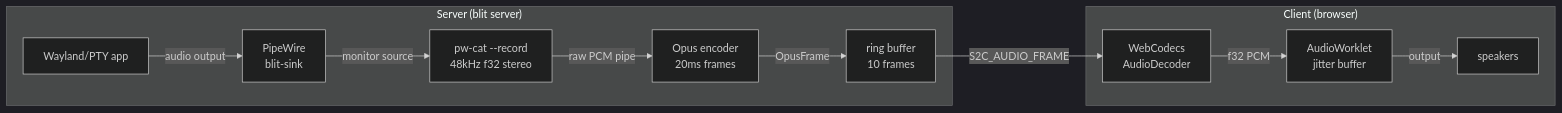
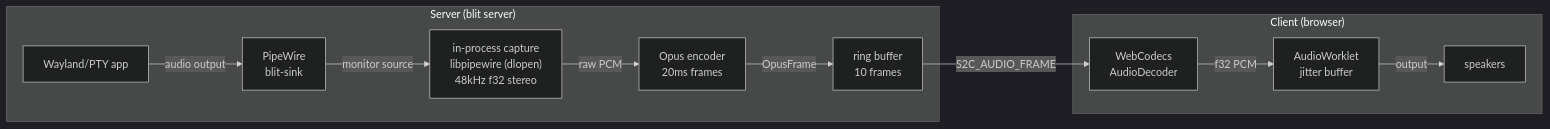
One commit to indent-com/blit changed the third of 4 diagrams in docs/server.md. Above: the diagram before and after it, drawn with Mermaid (dark theme). The commit also changed other lines of this file and 36 other files, not shown here.

````diff
--- a/docs/server.md
+++ b/docs/server.md
@@ -228,14 +228,14 @@
 ```mermaid
 graph LR
     subgraph "Server (blit server)"
         App["Wayland/PTY app"] -->|"audio output"| PW["PipeWire<br/>blit-sink"]
-        PW -->|"monitor source"| PWCAT["pw-cat --record<br/>48kHz f32 stereo"]
-        PWCAT -->|"raw PCM pipe"| ENC["Opus encoder<br/>20ms frames"]
+        PW -->|"monitor source"| CAP["in-process capture<br/>libpipewire (dlopen)<br/>48kHz f32 stereo"]
+        CAP -->|"raw PCM"| ENC["Opus encoder<br/>20ms frames"]
         ENC -->|"OpusFrame"| RING["ring buffer<br/>10 frames"]
     end
     subgraph "Client (browser)"
         RING -->|"S2C_AUDIO_FRAME"| DEC["WebCodecs<br/>AudioDecoder"]
         DEC -->|"f32 PCM"| WK["AudioWorklet<br/>jitter buffer"]
         WK -->|"output"| SPK["speakers"]
     end
 ```
````
